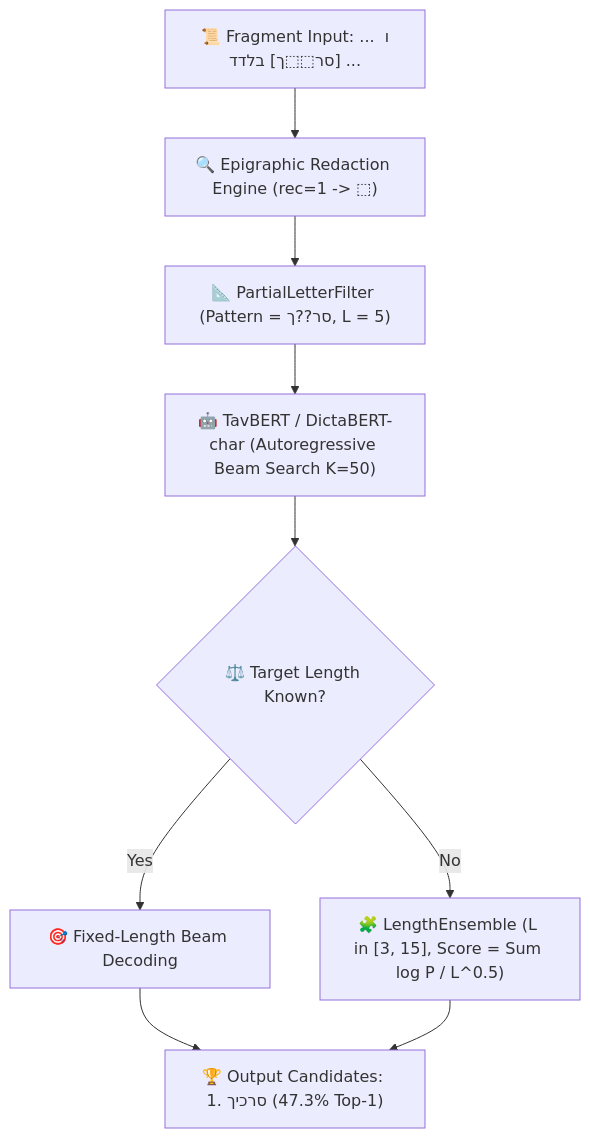
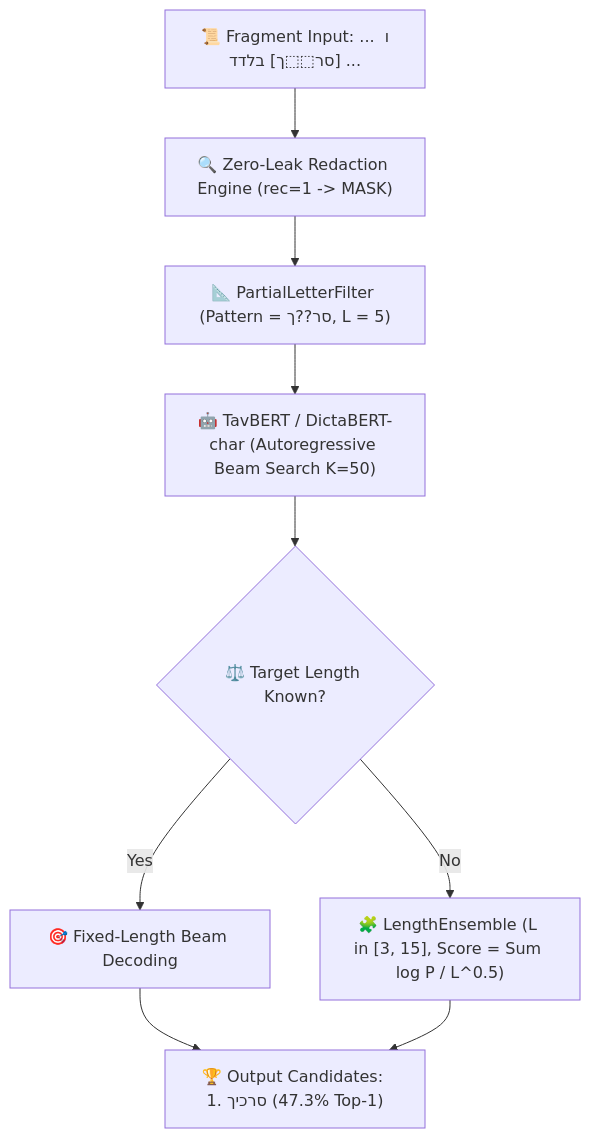
One commit to shmulc8/dss-restoration changed the diagram in docs/PAPER_MASTER_SUMMARY.md. Above: the diagram before and after it, drawn with Mermaid. The commit also changed other lines of this file and 1 other file, not shown here.

````diff
--- a/docs/PAPER_MASTER_SUMMARY.md
+++ b/docs/PAPER_MASTER_SUMMARY.md
@@ -70,11 +97,11 @@
 ```mermaid
 flowchart TD
-    A["📜 Fragment Input: ... ו [סר⬚⬚ך] בלדד ..."] --> B["🔍 Epigraphic Redaction Engine (rec=1 -> ⬚)"]
+    A["📜 Fragment Input: ... ו [סר⬚⬚ך] בלדד ..."] --> B["🔍 Zero-Leak Redaction Engine (rec=1 -> MASK)"]
     B --> C["📐 PartialLetterFilter (Pattern = סר??ך, L = 5)"]
     C --> D["🤖 TavBERT / DictaBERT-char (Autoregressive Beam Search K=50)"]
     D --> E{"⚖️ Target Length Known?"}
     E -- Yes --> F["🎯 Fixed-Length Beam Decoding"]
     E -- No --> G["🧩 LengthEnsemble (L in [3, 15], Score = Sum log P / L^0.5)"]
     F --> H["🏆 Output Candidates: 1. סרכיך (47.3% Top-1)"]
     G --> H
 ```
````
